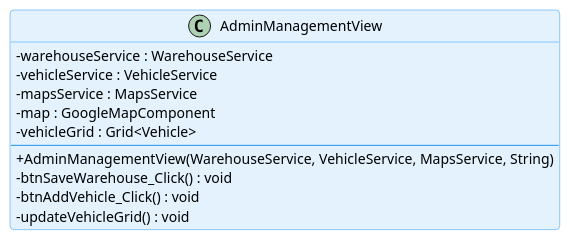
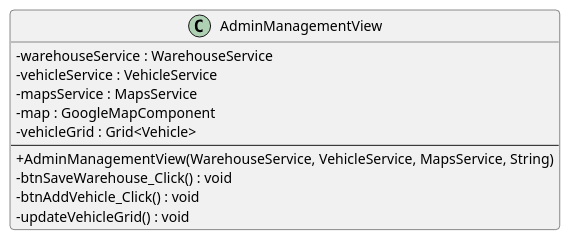
One commit to yahavrabi/smart_delivery_proj changed the diagram in BOOK/uml-diagrams/every Class UML sperately/UI/AdminManagmentView.puml. Above: the diagram before and after it, drawn with PlantUML. The commit also changed 14 other files, not shown here.

Commit message:
final product with updated UML 26/5/2026 22:50

```diff
--- a/BOOK/uml-diagrams/every Class UML sperately/UI/AdminManagmentView.puml
+++ b/BOOK/uml-diagrams/every Class UML sperately/UI/AdminManagmentView.puml
@@ -1,26 +1,20 @@
 @startuml AdminManagementViewClass
 skinparam classAttributeIconSize 0
 skinparam backgroundColor #FFFFFF
 skinparam roundcorner 8
 skinparam shadowlighting false
 
-skinparam class {
-    BackgroundColor #E3F2FD
-    BorderColor #2196F3
-    FontName "Segoe UI"
-    HeaderFontStyle bold
-}
 
 class AdminManagementView {
     - warehouseService : WarehouseService
     - vehicleService : VehicleService
     - mapsService : MapsService
     - map : GoogleMapComponent
     - vehicleGrid : Grid<Vehicle>
     --
     + AdminManagementView(WarehouseService, VehicleService, MapsService, String)
     - btnSaveWarehouse_Click() : void
     - btnAddVehicle_Click() : void
     - updateVehicleGrid() : void
 }
 @enduml
```
